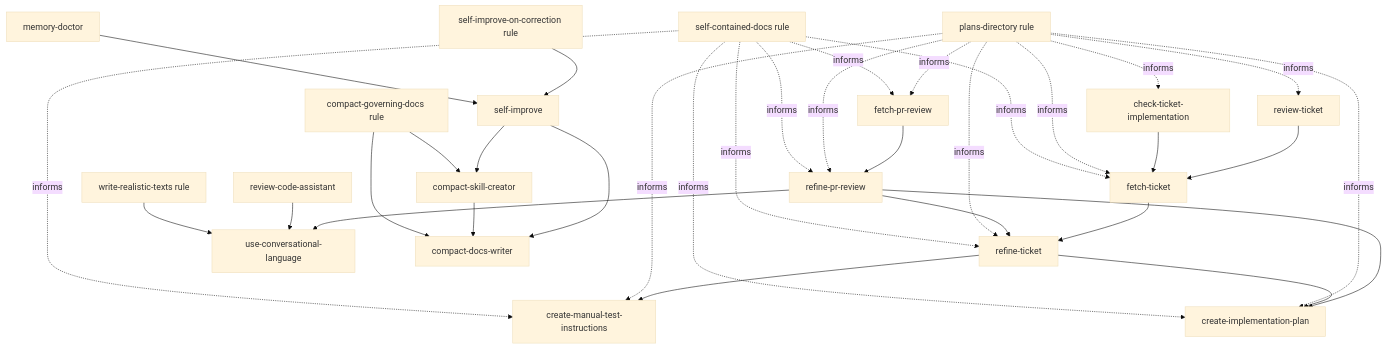
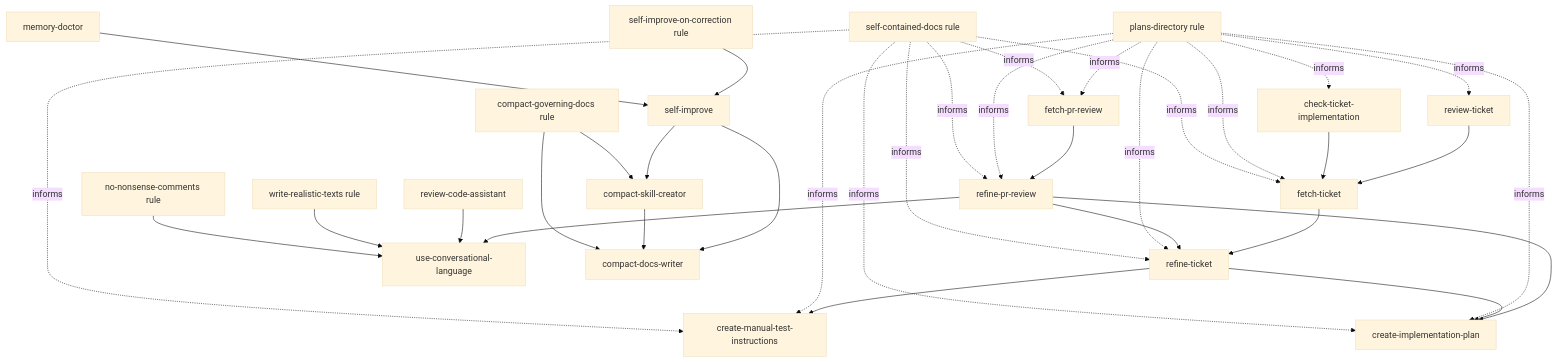
Before and after one commit to eai-org/agent-toolkit: the diagram in README.md, drawn with Mermaid (base theme). The commit also changed other lines of this file and 3 other files, not shown here.

````diff
--- a/README.md
+++ b/README.md
@@ -221,38 +222,39 @@
 ```mermaid
 flowchart TD
   fetch_ticket["fetch-ticket"] --> refine["refine-ticket"]
   fetch_pr["fetch-pr-review"] --> refine_pr["refine-pr-review"]
   refine_pr --> refine
   refine_pr --> plan
   refine_pr --> express["use-conversational-language"]
   review_code["review-code-assistant"] --> express
   realistic_rule["write-realistic-texts rule"] --> express
+  nonsense_rule["no-nonsense-comments rule"] --> express
   review_ticket["review-ticket"] --> fetch_ticket
   check_impl["check-ticket-implementation"] --> fetch_ticket
   refine --> manual["create-manual-test-instructions"]
   refine --> plan["create-implementation-plan"]
 
   self_rule["self-improve-on-correction rule"] --> self["self-improve"]
   self --> compact["compact-skill-creator"]
   self --> compact_docs["compact-docs-writer"]
   compact --> compact_docs
   memory_doctor["memory-doctor"] --> self
   compact_gov["compact-governing-docs rule"] --> compact
   compact_gov --> compact_docs
 
   plans_rule["plans-directory rule"] -. informs .-> fetch_ticket
   plans_rule -. informs .-> fetch_pr
   plans_rule -. informs .-> refine_pr
   plans_rule -. informs .-> refine
   plans_rule -. informs .-> manual
   plans_rule -. informs .-> plan
   plans_rule -. informs .-> review_ticket
   plans_rule -. informs .-> check_impl
 
   docs_rule["self-contained-docs rule"] -. informs .-> fetch_ticket
   docs_rule -. informs .-> fetch_pr
   docs_rule -. informs .-> refine_pr
   docs_rule -. informs .-> refine
   docs_rule -. informs .-> manual
   docs_rule -. informs .-> plan
 ```
````
